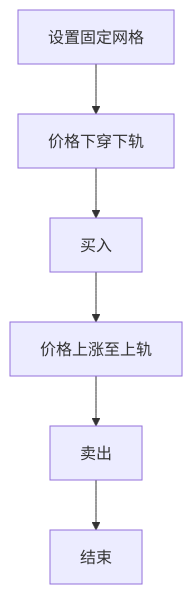
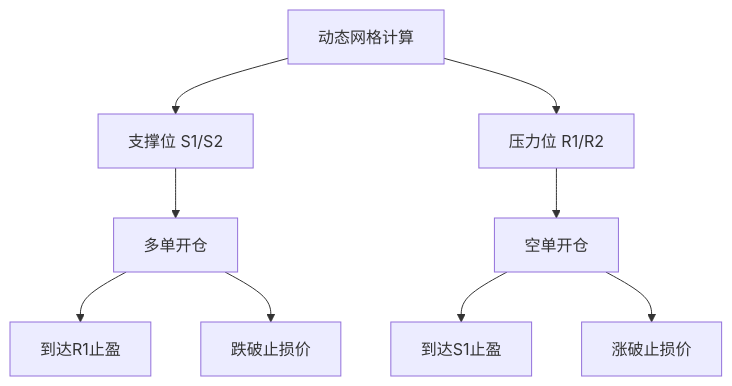
The first of 2 diagrams in docs/GRID_TRADING_GUIDE.md (chenchiyuan/crypto_exchange_news_crawler), drawn with Mermaid before and after one commit. The commit also changed other lines of this file and 12 other files, not shown here.

````diff
--- a/docs/GRID_TRADING_GUIDE.md
+++ b/docs/GRID_TRADING_GUIDE.md
@@ -87,8 +91,11 @@
 ```mermaid
 graph TB
-    A[设置固定网格] --> B[价格下穿下轨]
-    B --> C[买入]
-    C --> D[价格上涨至上轨]
-    D --> E[卖出]
-    E --> F[结束]
+    A[动态网格计算] --> B[支撑位 S1/S2]
+    A --> C[压力位 R1/R2]
+    B --> D[多单开仓]
+    C --> E[空单开仓]
+    D --> F[到达R1止盈]
+    E --> G[到达S1止盈]
+    D --> H[跌破止损价]
+    E --> I[涨破止损价]
 ```
````
